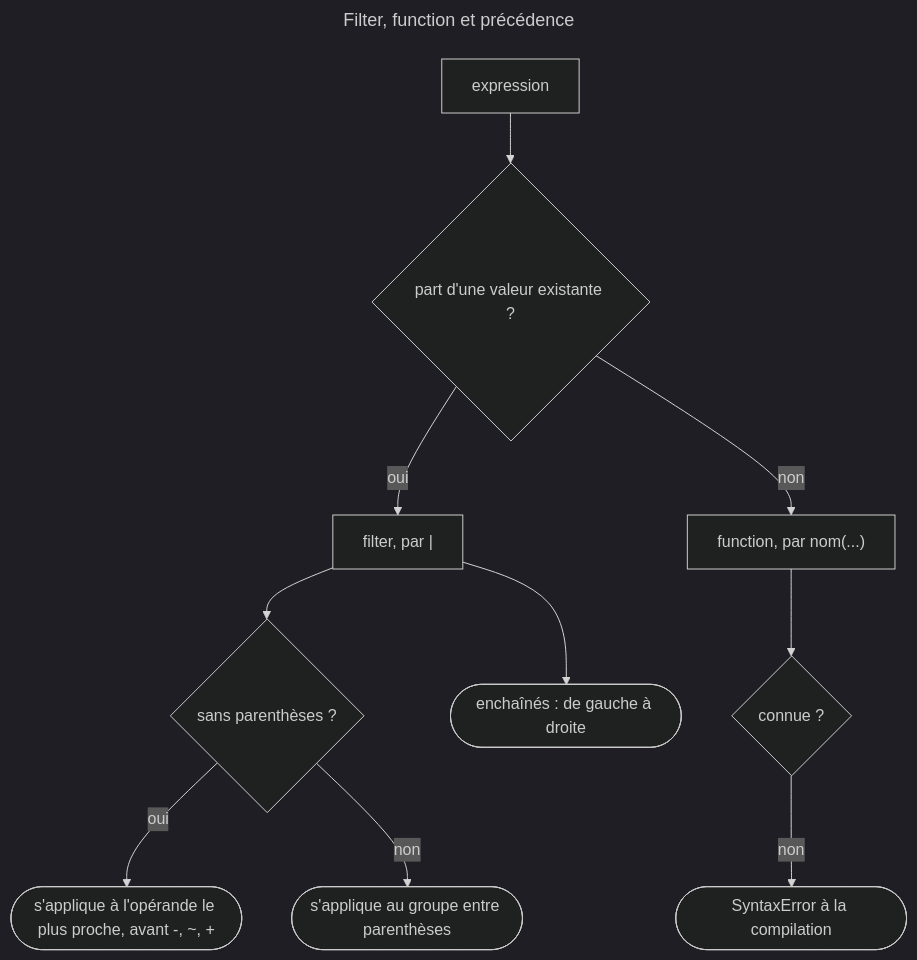
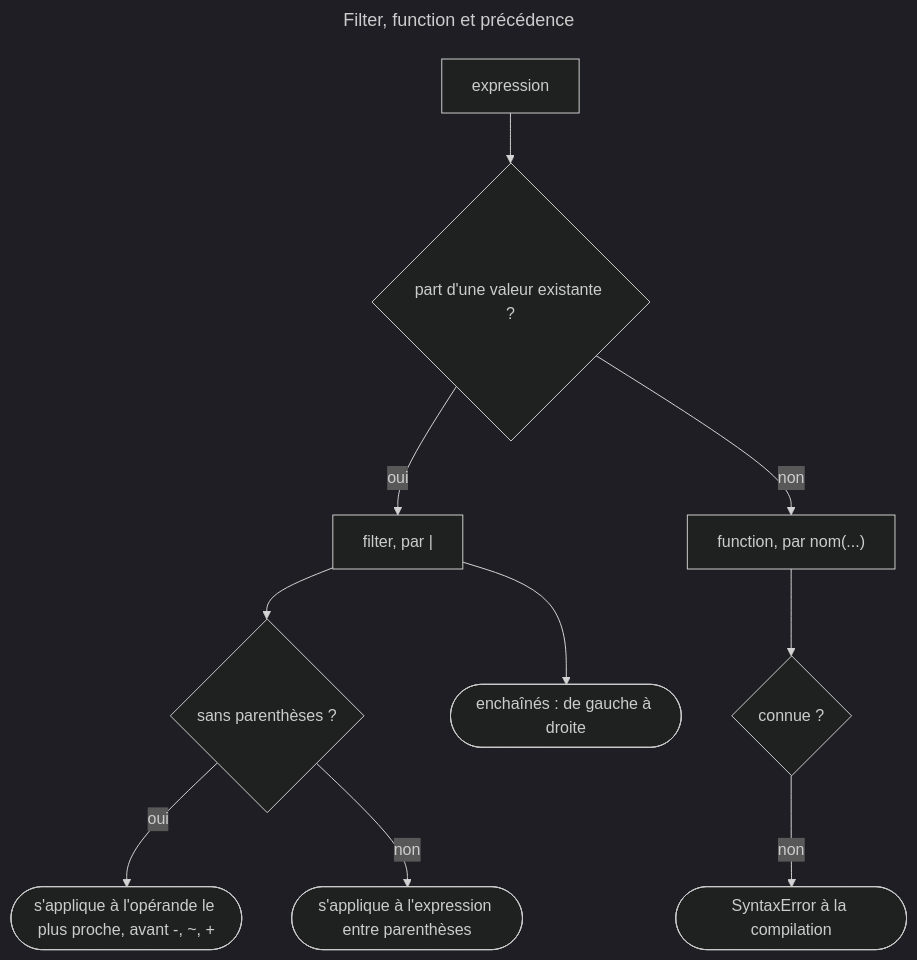
The diagram in content/courses/CRS-306ppg4454wj.md (jasserYahyaoui/Symfony-8-Certification-Path), drawn with Mermaid (dark theme) before and after one commit. The commit also changed 15 other files, not shown here.

First line of the commit message:
Batch 14: terminology pass reviewed; lot-06 smoke specs and Mermaid map

````diff
--- a/content/courses/CRS-306ppg4454wj.md
+++ b/content/courses/CRS-306ppg4454wj.md
@@ -90,17 +90,17 @@
 ```mermaid
 ---
 title: Filter, function et précédence
 ---
 flowchart TD
   accTitle: Comment Twig interprète filters, functions et operators dans une expression
   accDescr: Une function produit une valeur à partir de ses arguments ; un filter transforme une valeur existante. Le filter a la précédence la plus haute : il s'applique à l'opérande le plus proche avant tout operator, y compris le moins unaire et la concaténation, sauf parenthèses. Les filters enchaînés s'appliquent de gauche à droite. Un filter ou une function inconnus sont refusés à la compilation.
   EXPR["expression"] --> KIND{"part d'une valeur existante ?"}
   KIND -->|"oui"| F["filter, par |"]
   KIND -->|"non"| FN["function, par nom(...)"]
   F --> PREC{"sans parenthèses ?"}
   PREC -->|"oui"| NEAR(["s'applique à l'opérande le plus proche, avant -, ~, +"])
-  PREC -->|"non"| GROUP(["s'applique au groupe entre parenthèses"])
+  PREC -->|"non"| GROUP(["s'applique à l'expression entre parenthèses"])
   F --> CHAIN(["enchaînés : de gauche à droite"])
   FN --> KNOWN{"connue ?"}
   KNOWN -->|"non"| ERR(["SyntaxError à la compilation"])
 ```
````
